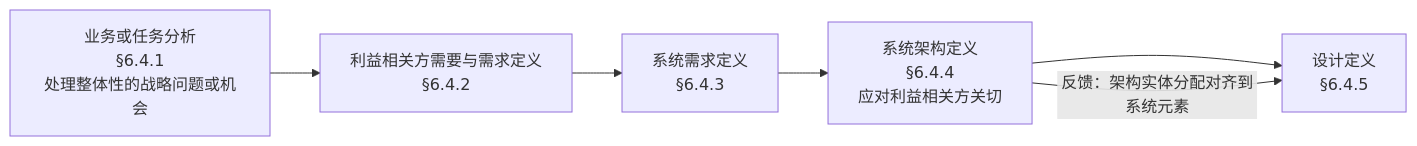
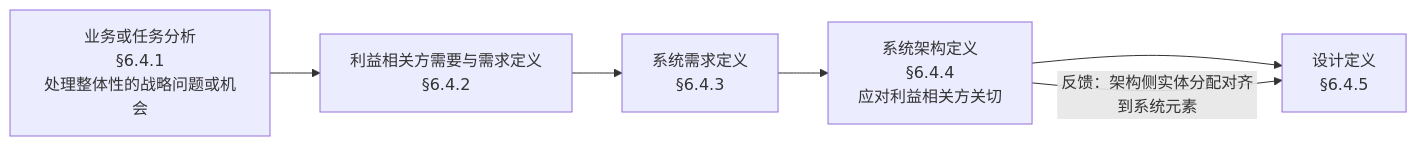
The fifth of 7 diagrams in 10-系统工程研究/00-系统工程相关研究报告/42-架构研究报告-从定义句与目的到三张清单治理与视图.md (Yongjunzhou/business-Engineering), drawn with Mermaid before and after one commit. The commit also changed other lines of this file and 31 other files, not shown here.

````diff
--- a/10-系统工程研究/00-系统工程相关研究报告/42-架构研究报告-从定义句与目的到三张清单治理与视图.md
+++ b/10-系统工程研究/00-系统工程相关研究报告/42-架构研究报告-从定义句与目的到三张清单治理与视图.md
@@ -820,5 +880,5 @@
 ```mermaid
 flowchart LR
   B["业务或任务分析<br/>§6.4.1<br/>处理整体性的战略问题或机会"] --> N["利益相关方需要与需求定义<br/>§6.4.2"] --> R["系统需求定义<br/>§6.4.3"] --> AR["系统架构定义<br/>§6.4.4<br/>应对利益相关方关切"] --> DE["设计定义<br/>§6.4.5"]
-  AR -->|"反馈：架构实体分配对齐到系统元素"| DE
+  AR -->|"反馈：架构侧实体分配对齐到系统元素"| DE
 ```
````
